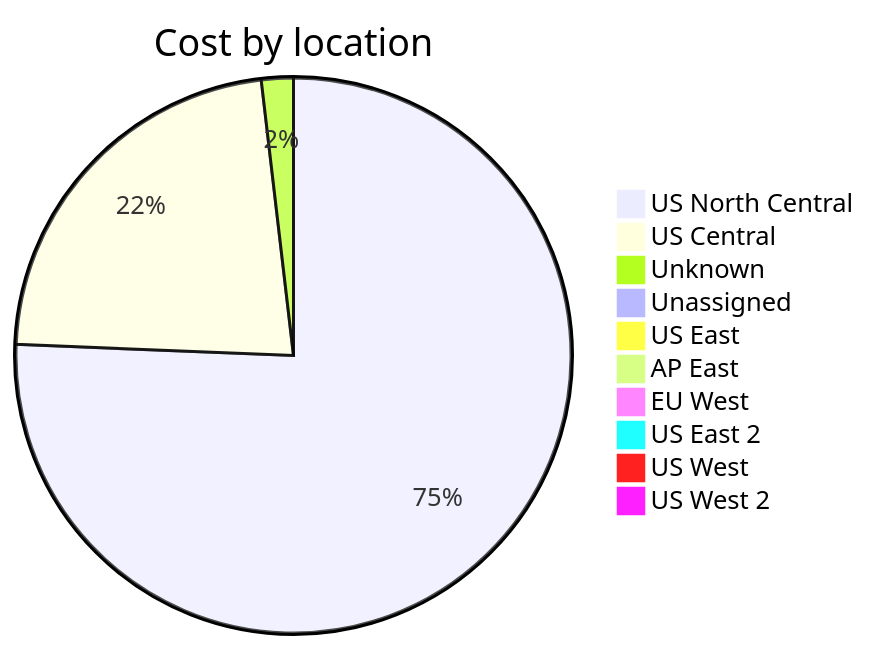
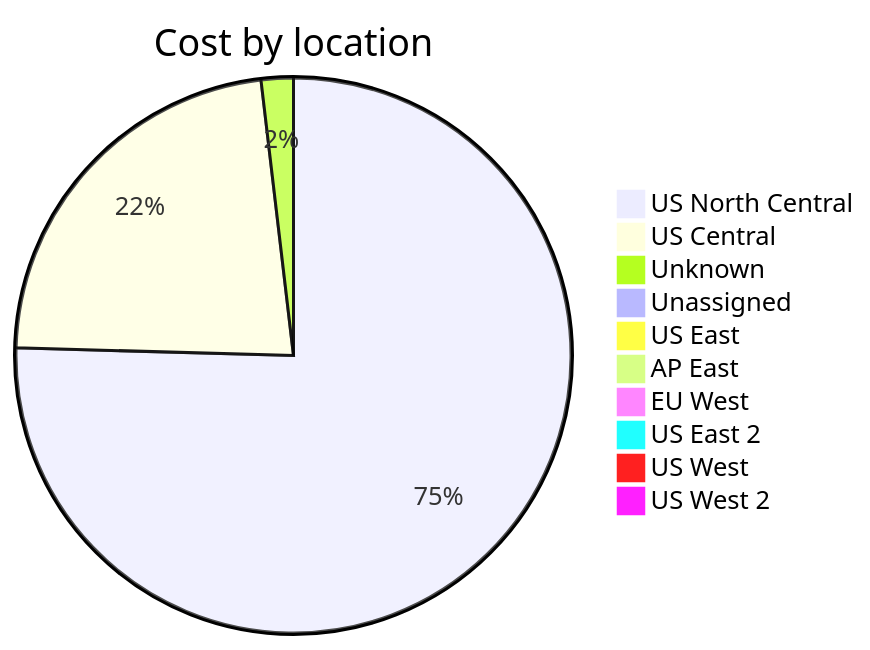
One commit to jpfulton/azure-personal-reports changed the third of 4 diagrams in cost-reports/accumulated-cost.md. Above: the diagram before and after it, drawn with Mermaid. The commit also changed other lines of this file and 4 other files, not shown here.

````diff
--- a/cost-reports/accumulated-cost.md
+++ b/cost-reports/accumulated-cost.md
@@ -130,14 +130,14 @@
 ```mermaid
 pie
    title Cost by location
-   "US North Central" : 49.69
-   "US Central" : 14.78
-   "Unknown" : 1.22
+   "US North Central" : 51.21
+   "US Central" : 15.40
+   "Unknown" : 1.27
    "Unassigned" : 0.57
-   "US East" : 0.26
+   "US East" : 0.27
    "AP East" : 0.00
    "EU West" : 0.00
    "US East 2" : 0.00
    "US West" : 0.00
    "US West 2" : 0.00
 ```
````
